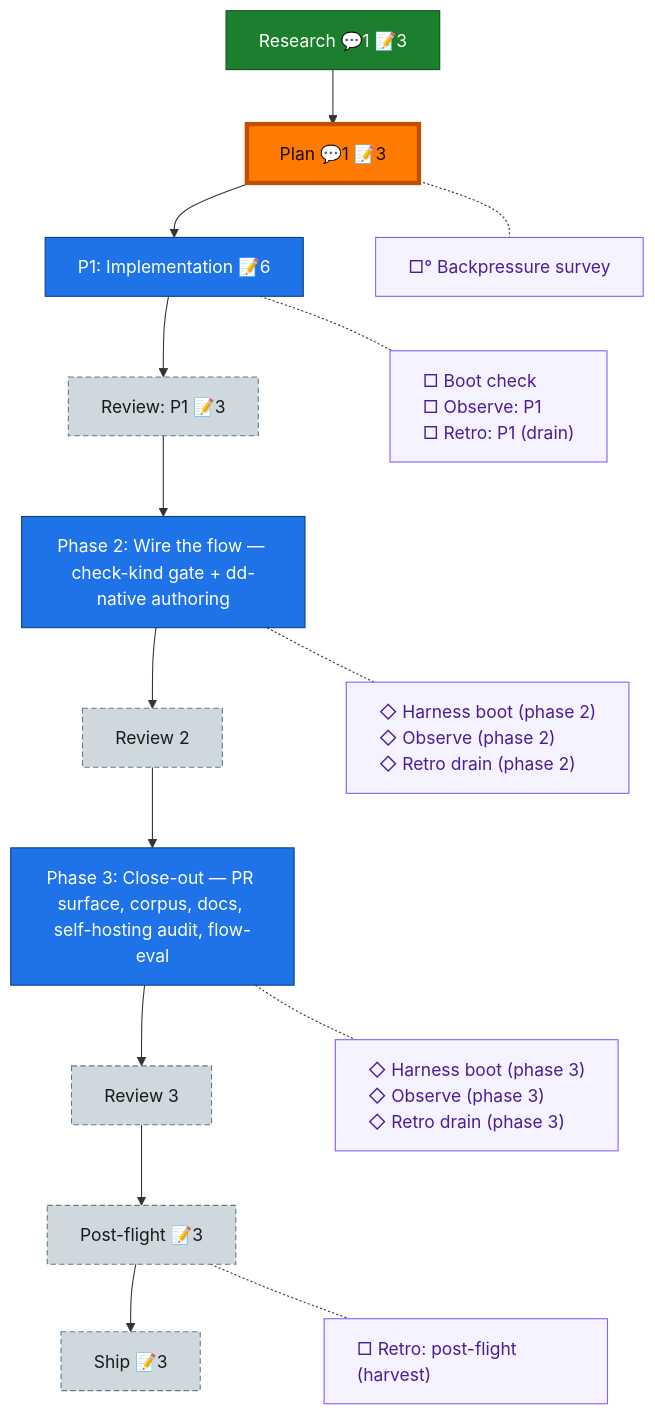
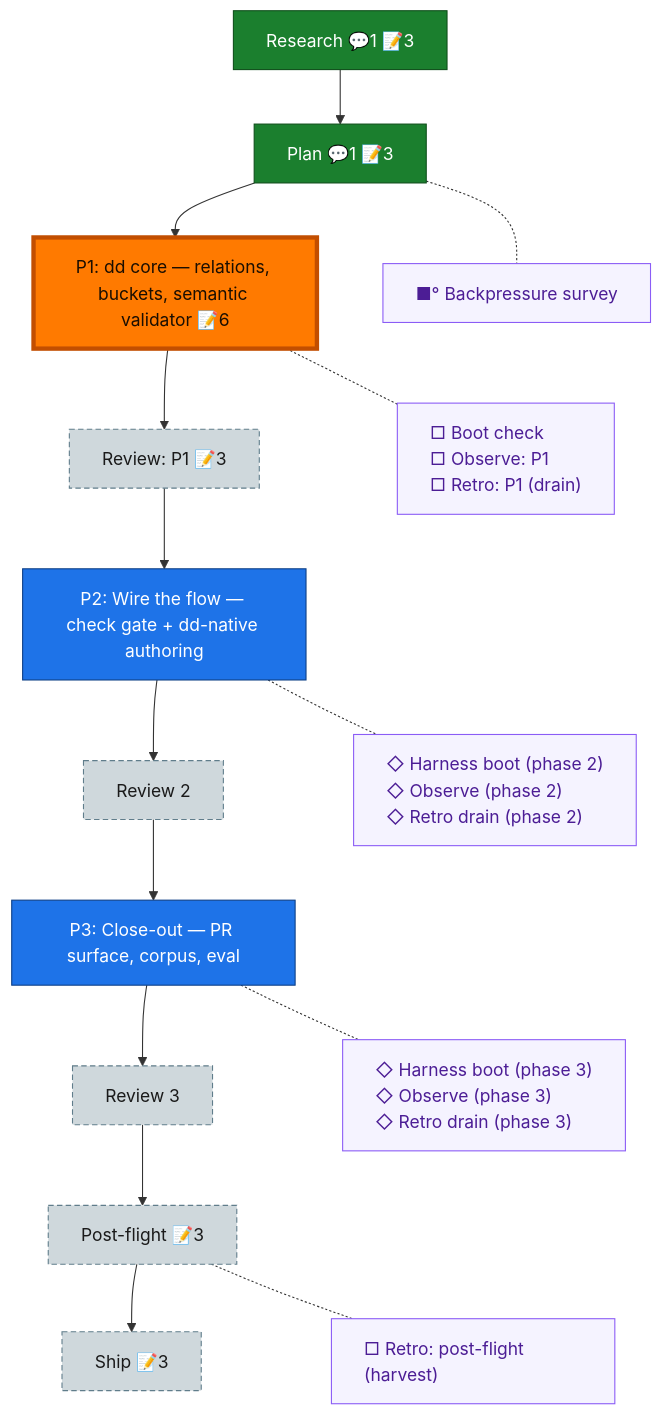
Before and after one commit to AI-Substrate/harness-engineering: the diagram in docs/plans/070-dd-native-builder/the-flow.md, drawn with Mermaid. The commit also changed other lines of this file and 4 other files, not shown here.

First line of the commit message:
docs(070): backpressure survey — dogfooded as backpressure.dd.json; flow departs to phase-1

````diff
--- a/docs/plans/070-dd-native-builder/the-flow.md
+++ b/docs/plans/070-dd-native-builder/the-flow.md
@@ -8,38 +8,39 @@
 ```mermaid
 flowchart TD
     research["Research 💬1 📝3"]:::done
     plan["Plan 💬1 📝3"]:::done
-    phase_1["P1: Implementation 📝6"]:::known
+    phase_1["P1: dd core — relations, buckets, semantic validator 📝6"]:::wip
     review_1["Review: P1 📝3"]:::assumed
-    phase_2["Phase 2: Wire the flow — check-kind gate + dd-native authoring"]:::known
+    phase_2["P2: Wire the flow — check gate + dd-native authoring"]:::known
     review_2["Review 2"]:::assumed
-    phase_3["Phase 3: Close-out — PR surface, corpus, docs, self-hosting audit, flow-eval"]:::known
+    phase_3["P3: Close-out — PR surface, corpus, eval"]:::known
     review_3["Review 3"]:::assumed
     post_flight["Post-flight 📝3"]:::assumed
     ship["Ship 📝3"]:::assumed
 
     research --> plan --> phase_1 --> review_1 --> phase_2 --> review_2 --> phase_3 --> review_3 --> post_flight --> ship
 
-    planC["□° Backpressure survey"]:::chore
+    planC["■° Backpressure survey"]:::chore
     phase_1C["□ Boot check<br/>□ Observe: P1<br/>□ Retro: P1 (drain)"]:::chore
     phase_2C["◇ Harness boot (phase 2)<br/>◇ Observe (phase 2)<br/>◇ Retro drain (phase 2)"]:::chore
     phase_3C["◇ Harness boot (phase 3)<br/>◇ Observe (phase 3)<br/>◇ Retro drain (phase 3)"]:::chore
     post_flightC["□ Retro: post-flight (harvest)"]:::chore
 
     %% invisible chain holds the gutter boxes in their own column
     planC ~~~ phase_1C ~~~ phase_2C ~~~ phase_3C ~~~ post_flightC
 
     %% dotted links pull each gutter box beside its node
     plan -.- planC
     phase_1 -.- phase_1C
     phase_2 -.- phase_2C
     phase_3 -.- phase_3C
     post_flight -.- post_flightC
 
     classDef done fill:#1B7F2E,stroke:#0F4F1B,color:#fff;
+    classDef wip fill:#43C04A,stroke:#1B7F2E,color:#04210A;
     classDef known fill:#1E73E8,stroke:#0D3F86,color:#fff;
     classDef assumed fill:#CFD8DC,stroke:#607D8B,color:#1a1a1a,stroke-dasharray:5 3;
     classDef chore fill:#f5f3ff,stroke:#8b5cf6,color:#4c1d95,text-align:left;
     classDef current fill:#FF7A00,stroke:#C24E00,color:#1a0e00,stroke-width:4px;
-    class plan current;
+    class phase_1 current;
 ```
````
